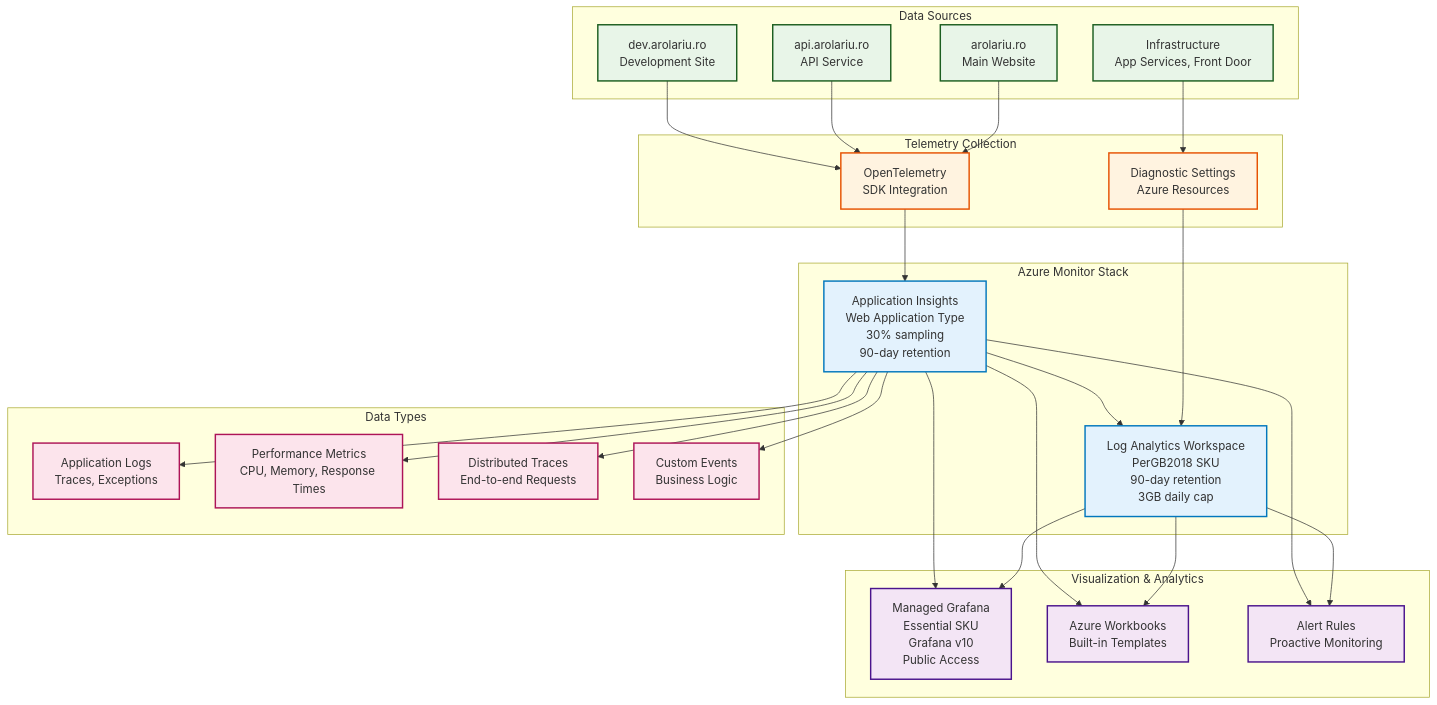
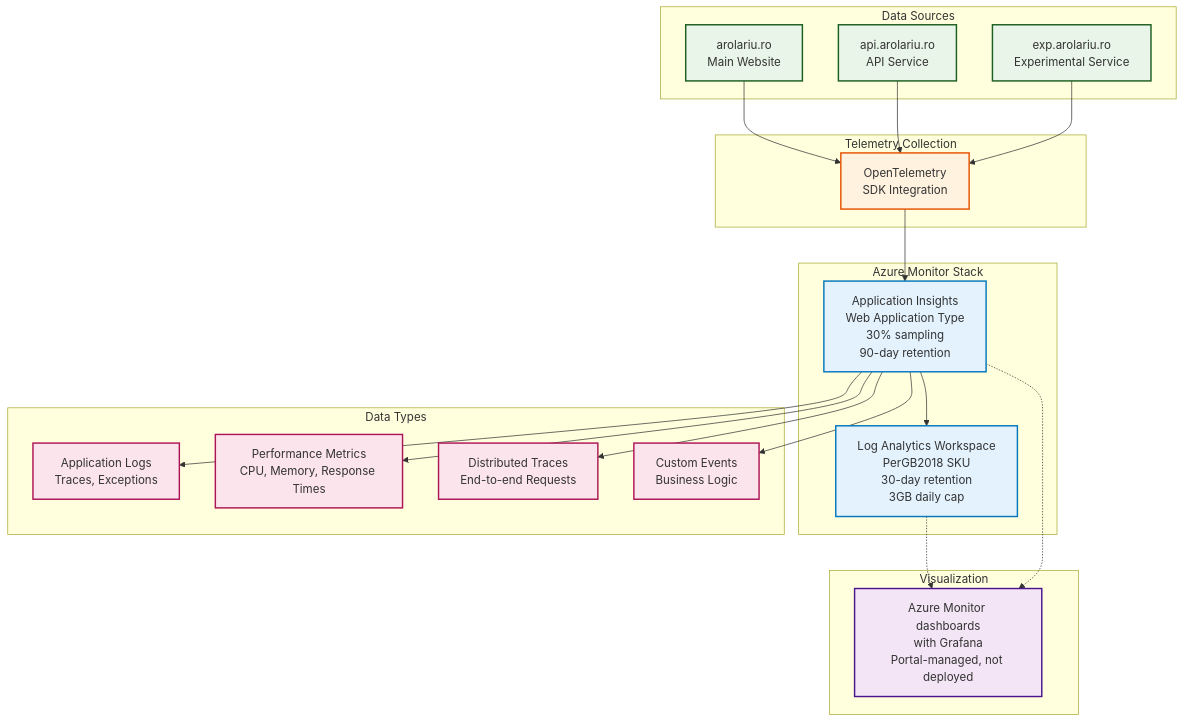
Before and after one commit to arolariu/arolariu.ro: the diagram in infra/Azure/Bicep/observability/README.md, drawn with Mermaid. The commit also changed other lines of this file and 3 other files, not shown here.

````diff
--- a/infra/Azure/Bicep/observability/README.md
+++ b/infra/Azure/Bicep/observability/README.md
@@ -36,68 +36,56 @@
 ```mermaid
 graph TB
     subgraph "Data Sources"
         WEB_MAIN[arolariu.ro<br/>Main Website]
         WEB_API[api.arolariu.ro<br/>API Service]
-        WEB_DEV[dev.arolariu.ro<br/>Development Site]
-        INFRA[Infrastructure<br/>App Services, Front Door]
+        WEB_EXP[exp.arolariu.ro<br/>Experimental Service]
     end
 
     subgraph "Telemetry Collection"
         OTEL[OpenTelemetry<br/>SDK Integration]
-        DIAG[Diagnostic Settings<br/>Azure Resources]
     end
 
     subgraph "Azure Monitor Stack"
-        LAW[Log Analytics Workspace<br/>PerGB2018 SKU<br/>90-day retention<br/>3GB daily cap]
+        LAW[Log Analytics Workspace<br/>PerGB2018 SKU<br/>30-day retention<br/>3GB daily cap]
 
         APPI[Application Insights<br/>Web Application Type<br/>30% sampling<br/>90-day retention]
     end
 
-    subgraph "Visualization & Analytics"
-        GRAFANA[Managed Grafana<br/>Essential SKU<br/>Grafana v10<br/>Public Access]
-
-        WORKBOOKS[Azure Workbooks<br/>Built-in Templates]
-        ALERTS[Alert Rules<br/>Proactive Monitoring]
+    subgraph "Visualization"
+        DASH[Azure Monitor dashboards<br/>with Grafana<br/>Portal-managed, not deployed]
     end
 
     subgraph "Data Types"
         LOGS[Application Logs<br/>Traces, Exceptions]
         METRICS[Performance Metrics<br/>CPU, Memory, Response Times]
         TRACES[Distributed Traces<br/>End-to-end Requests]
         EVENTS[Custom Events<br/>Business Logic]
     end
 
     WEB_MAIN --> OTEL
     WEB_API --> OTEL
-    WEB_DEV --> OTEL
-    INFRA --> DIAG
+    WEB_EXP --> OTEL
 
     OTEL --> APPI
-    DIAG --> LAW
 
     APPI --> LAW
     APPI --> LOGS
     APPI --> METRICS
     APPI --> TRACES
     APPI --> EVENTS
 
-    LAW --> GRAFANA
-    LAW --> WORKBOOKS
-    LAW --> ALERTS
-
-    APPI --> GRAFANA
-    APPI --> WORKBOOKS
-    APPI --> ALERTS
+    LAW -.-> DASH
+    APPI -.-> DASH
 
     classDef source fill:#e8f5e8,stroke:#1b5e20,stroke-width:2px
     classDef collection fill:#fff3e0,stroke:#e65100,stroke-width:2px
     classDef monitor fill:#e3f2fd,stroke:#0277bd,stroke-width:2px
     classDef visual fill:#f3e5f5,stroke:#4a148c,stroke-width:2px
     classDef data fill:#fce4ec,stroke:#ad1457,stroke-width:2px
 
-    class WEB_MAIN,WEB_API,WEB_DEV,INFRA source
-    class OTEL,DIAG collection
+    class WEB_MAIN,WEB_API,WEB_EXP source
+    class OTEL collection
     class LAW,APPI monitor
-    class GRAFANA,WORKBOOKS,ALERTS visual
+    class DASH visual
     class LOGS,METRICS,TRACES,EVENTS data
 ```
````
